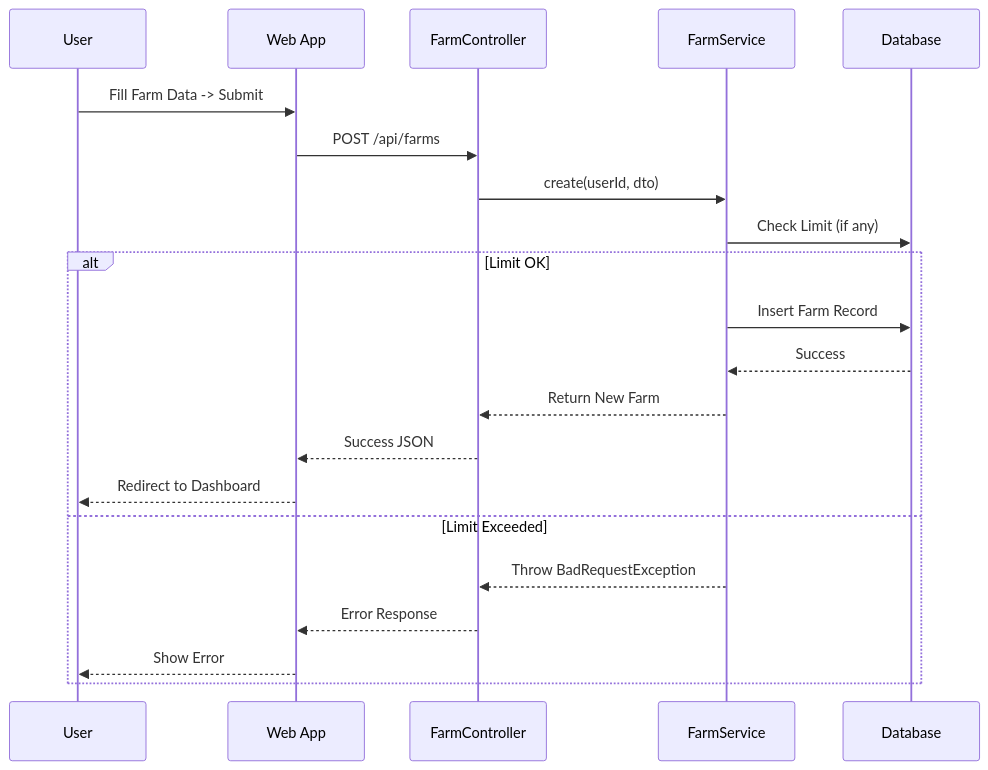
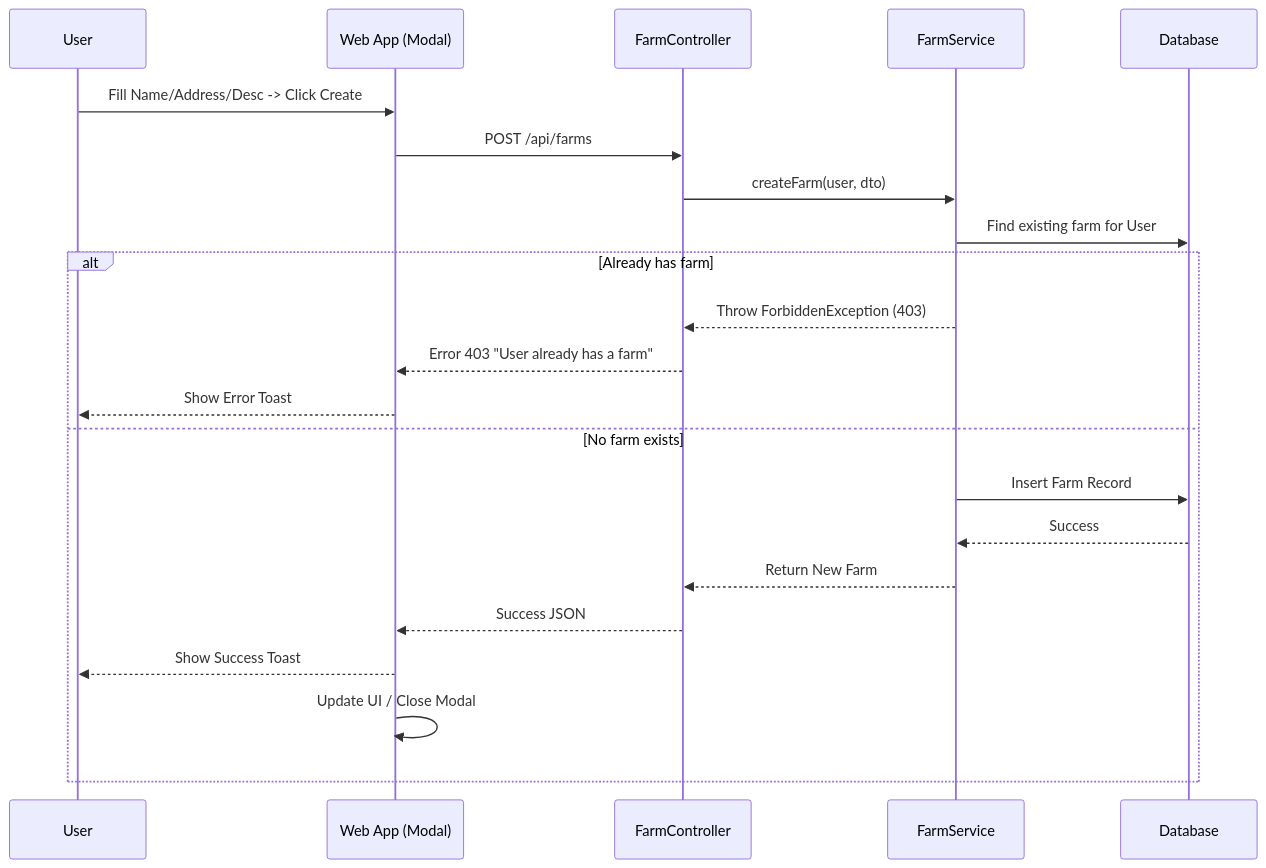
One commit to duong4444/agribot-dev changed the first of 3 diagrams in DOC-TTCS/farm_management_docs.md. Above: the diagram before and after it, drawn with Mermaid. The commit also changed other lines of this file, not shown here.

````diff
--- a/DOC-TTCS/farm_management_docs.md
+++ b/DOC-TTCS/farm_management_docs.md
@@ -45,25 +45,26 @@
 ```mermaid
 sequenceDiagram
     participant U as User
-    participant FE as Web App
+    participant FE as Web App (Modal)
     participant CTL as FarmController
     participant SVC as FarmService
     participant DB as Database
 
-    U->>FE: Fill Farm Data -> Submit
+    U->>FE: Fill Name/Address/Desc -> Click Create
     FE->>CTL: POST /api/farms
-    CTL->>SVC: create(userId, dto)
+    CTL->>SVC: createFarm(user, dto)
     
-    SVC->>DB: Check Limit (if any)
-    alt Limit OK
+    SVC->>DB: Find existing farm for User
+    alt Already has farm
+        SVC-->>CTL: Throw ForbiddenException (403)
+        CTL-->>FE: Error 403 "User already has a farm"
+        FE-->>U: Show Error Toast
+    else No farm exists
         SVC->>DB: Insert Farm Record
         DB-->>SVC: Success
         SVC-->>CTL: Return New Farm
         CTL-->>FE: Success JSON
-        FE-->>U: Redirect to Dashboard
-    else Limit Exceeded
-        SVC-->>CTL: Throw BadRequestException
-        CTL-->>FE: Error Response
-        FE-->>U: Show Error
+        FE-->>U: Show Success Toast
+        FE->>FE: Update UI / Close Modal
     end
 ```
````
